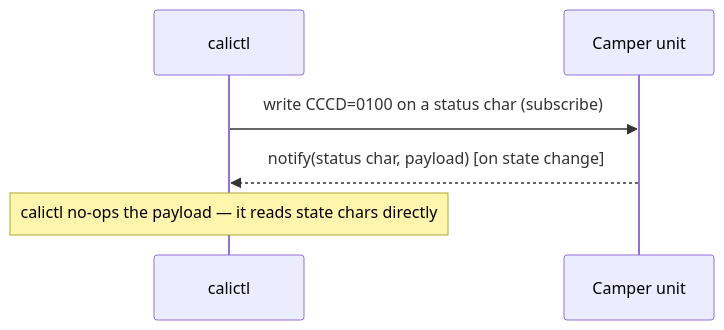
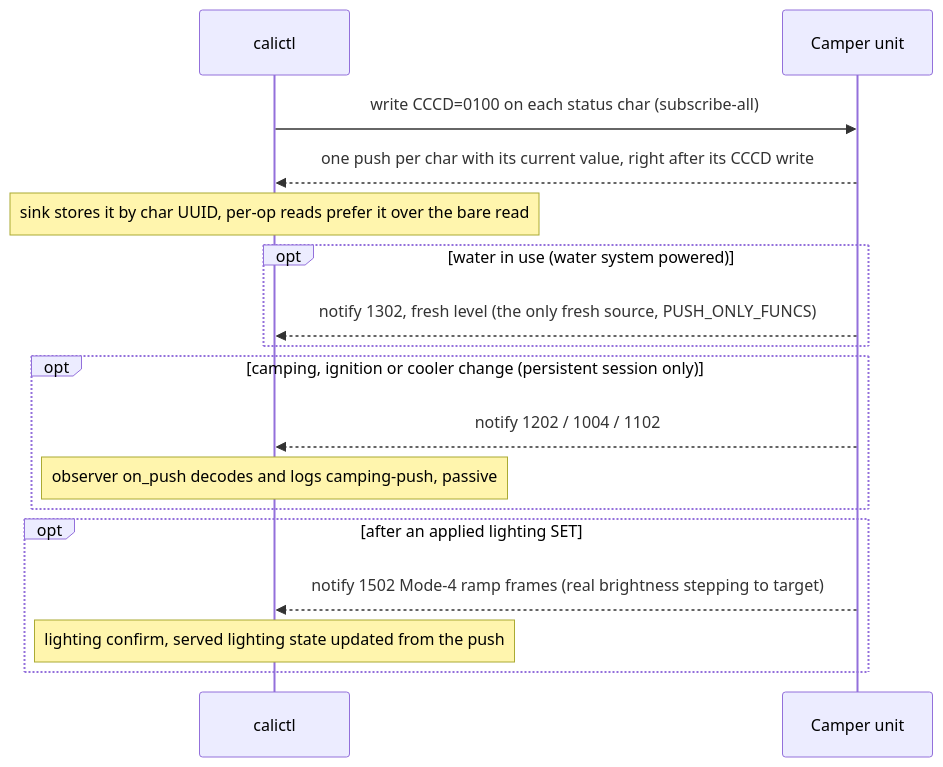
Before and after one commit to ckeller42/open-california: the third of 10 diagrams in docs/protocol-sequences.rst, drawn with Mermaid. The commit also changed other lines of this file and 35 other files, not shown here.

First line of the commit message:
docs: fix stale docs; single-source protocol sequences, drop LikeC4; simulation & CI docs (#202)

```diff
--- a/docs/protocol-sequences.rst
+++ b/docs/protocol-sequences.rst
@@ -73,8 +306,19 @@
 .. mermaid::
 
     sequenceDiagram
         participant C as calictl
         participant U as Camper unit
-        C->>U: write CCCD=0100 on a status char (subscribe)
-        U-->>C: notify(status char, payload)  [on state change]
-        Note over C: calictl no-ops the payload — it reads state chars directly
+        C->>U: write CCCD=0100 on each status char (subscribe-all)
+        U-->>C: one push per char with its current value, right after its CCCD write
+        Note over C: sink stores it by char UUID, per-op reads prefer it over the bare read
+        opt water in use (water system powered)
+            U-->>C: notify 1302, fresh level (the only fresh source, PUSH_ONLY_FUNCS)
+        end
+        opt camping, ignition or cooler change (persistent session only)
+            U-->>C: notify 1202 / 1004 / 1102
+            Note over C: observer on_push decodes and logs camping-push, passive
+        end
+        opt after an applied lighting SET
+            U-->>C: notify 1502 Mode-4 ramp frames (real brightness stepping to target)
+            Note over C: lighting confirm, served lighting state updated from the push
+        end
```
